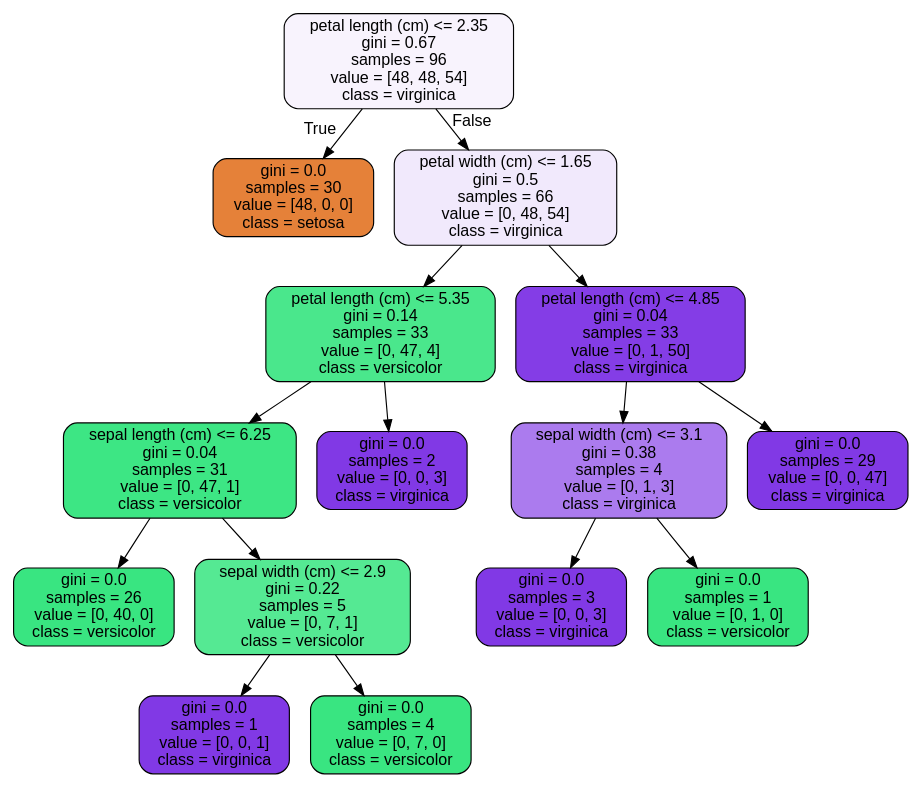
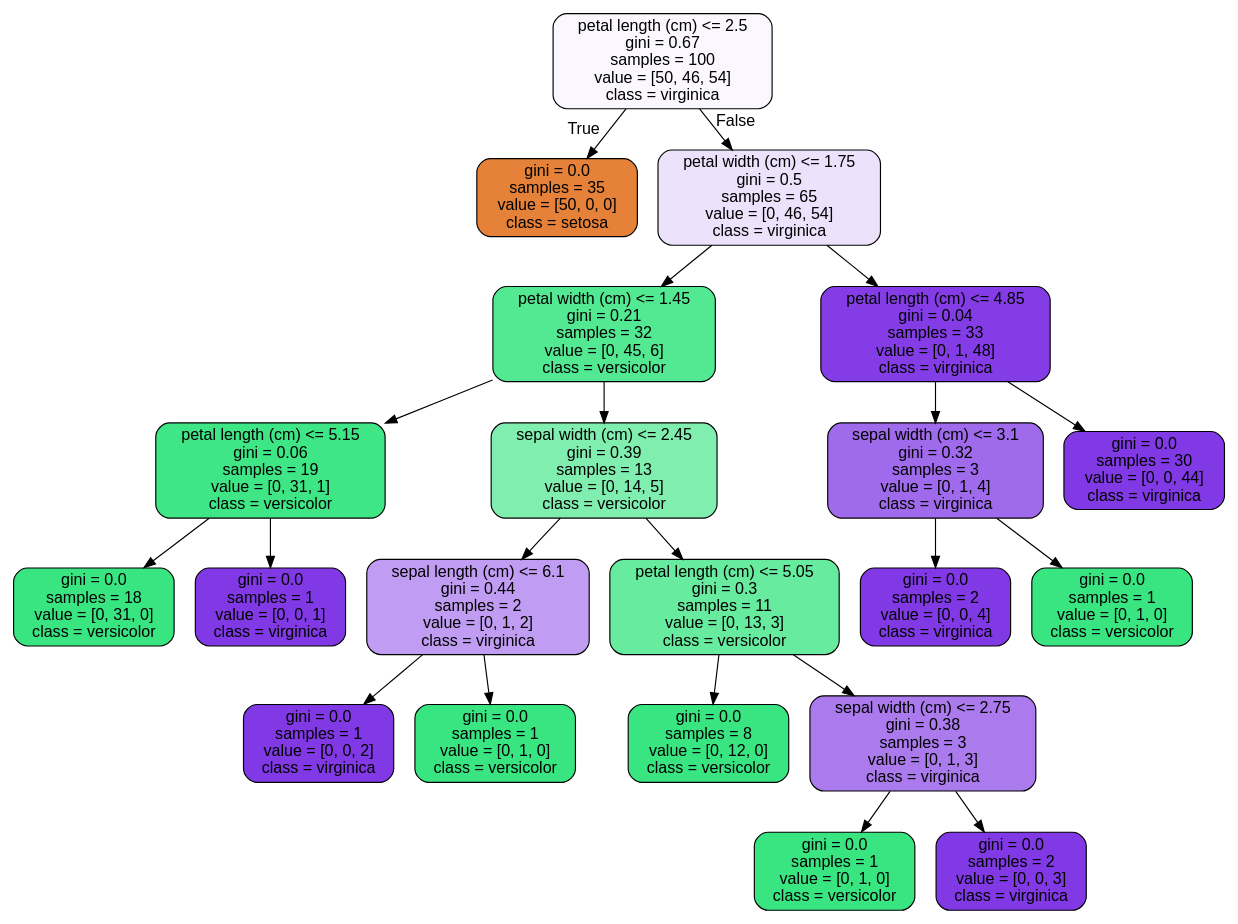
One commit to ahmedshahjahan/Random-Forest-Covid-Case-Study changed the diagram in tree.dot. Above: the diagram before and after it, drawn with Graphviz.

```diff
--- a/tree.dot
+++ b/tree.dot
@@ -1,33 +1,45 @@
 digraph Tree {
 node [shape=box, style="filled, rounded", color="black", fontname=helvetica] ;
 edge [fontname=helvetica] ;
-0 [label="petal length (cm) <= 2.35\ngini = 0.67\nsamples = 96\nvalue = [48, 48, 54]\nclass = virginica", fillcolor="#f8f3fd"] ;
-1 [label="gini = 0.0\nsamples = 30\nvalue = [48, 0, 0]\nclass = setosa", fillcolor="#e58139"] ;
+0 [label="petal length (cm) <= 2.5\ngini = 0.67\nsamples = 100\nvalue = [50, 46, 54]\nclass = virginica", fillcolor="#faf7fe"] ;
+1 [label="gini = 0.0\nsamples = 35\nvalue = [50, 0, 0]\nclass = setosa", fillcolor="#e58139"] ;
 0 -> 1 [labeldistance=2.5, labelangle=45, headlabel="True"] ;
-2 [label="petal width (cm) <= 1.65\ngini = 0.5\nsamples = 66\nvalue = [0, 48, 54]\nclass = virginica", fillcolor="#f1e9fc"] ;
+2 [label="petal width (cm) <= 1.75\ngini = 0.5\nsamples = 65\nvalue = [0, 46, 54]\nclass = virginica", fillcolor="#ece2fb"] ;
 0 -> 2 [labeldistance=2.5, labelangle=-45, headlabel="False"] ;
-3 [label="petal length (cm) <= 5.35\ngini = 0.14\nsamples = 33\nvalue = [0, 47, 4]\nclass = versicolor", fillcolor="#4ae78c"] ;
+3 [label="petal width (cm) <= 1.45\ngini = 0.21\nsamples = 32\nvalue = [0, 45, 6]\nclass = versicolor", fillcolor="#53e892"] ;
 2 -> 3 ;
-4 [label="sepal length (cm) <= 6.25\ngini = 0.04\nsamples = 31\nvalue = [0, 47, 1]\nclass = versicolor", fillcolor="#3de684"] ;
+4 [label="petal length (cm) <= 5.15\ngini = 0.06\nsamples = 19\nvalue = [0, 31, 1]\nclass = versicolor", fillcolor="#3fe685"] ;
 3 -> 4 ;
-5 [label="gini = 0.0\nsamples = 26\nvalue = [0, 40, 0]\nclass = versicolor", fillcolor="#39e581"] ;
+5 [label="gini = 0.0\nsamples = 18\nvalue = [0, 31, 0]\nclass = versicolor", fillcolor="#39e581"] ;
 4 -> 5 ;
-6 [label="sepal width (cm) <= 2.9\ngini = 0.22\nsamples = 5\nvalue = [0, 7, 1]\nclass = versicolor", fillcolor="#55e993"] ;
+6 [label="gini = 0.0\nsamples = 1\nvalue = [0, 0, 1]\nclass = virginica", fillcolor="#8139e5"] ;
 4 -> 6 ;
-7 [label="gini = 0.0\nsamples = 1\nvalue = [0, 0, 1]\nclass = virginica", fillcolor="#8139e5"] ;
-6 -> 7 ;
-8 [label="gini = 0.0\nsamples = 4\nvalue = [0, 7, 0]\nclass = versicolor", fillcolor="#39e581"] ;
-6 -> 8 ;
-9 [label="gini = 0.0\nsamples = 2\nvalue = [0, 0, 3]\nclass = virginica", fillcolor="#8139e5"] ;
-3 -> 9 ;
-10 [label="petal length (cm) <= 4.85\ngini = 0.04\nsamples = 33\nvalue = [0, 1, 50]\nclass = virginica", fillcolor="#843de6"] ;
-2 -> 10 ;
-11 [label="sepal width (cm) <= 3.1\ngini = 0.38\nsamples = 4\nvalue = [0, 1, 3]\nclass = virginica", fillcolor="#ab7bee"] ;
-10 -> 11 ;
-12 [label="gini = 0.0\nsamples = 3\nvalue = [0, 0, 3]\nclass = virginica", fillcolor="#8139e5"] ;
+7 [label="sepal width (cm) <= 2.45\ngini = 0.39\nsamples = 13\nvalue = [0, 14, 5]\nclass = versicolor", fillcolor="#80eeae"] ;
+3 -> 7 ;
+8 [label="sepal length (cm) <= 6.1\ngini = 0.44\nsamples = 2\nvalue = [0, 1, 2]\nclass = virginica", fillcolor="#c09cf2"] ;
+7 -> 8 ;
+9 [label="gini = 0.0\nsamples = 1\nvalue = [0, 0, 2]\nclass = virginica", fillcolor="#8139e5"] ;
+8 -> 9 ;
+10 [label="gini = 0.0\nsamples = 1\nvalue = [0, 1, 0]\nclass = versicolor", fillcolor="#39e581"] ;
+8 -> 10 ;
+11 [label="petal length (cm) <= 5.05\ngini = 0.3\nsamples = 11\nvalue = [0, 13, 3]\nclass = versicolor", fillcolor="#67eb9e"] ;
+7 -> 11 ;
+12 [label="gini = 0.0\nsamples = 8\nvalue = [0, 12, 0]\nclass = versicolor", fillcolor="#39e581"] ;
 11 -> 12 ;
-13 [label="gini = 0.0\nsamples = 1\nvalue = [0, 1, 0]\nclass = versicolor", fillcolor="#39e581"] ;
+13 [label="sepal width (cm) <= 2.75\ngini = 0.38\nsamples = 3\nvalue = [0, 1, 3]\nclass = virginica", fillcolor="#ab7bee"] ;
 11 -> 13 ;
-14 [label="gini = 0.0\nsamples = 29\nvalue = [0, 0, 47]\nclass = virginica", fillcolor="#8139e5"] ;
-10 -> 14 ;
+14 [label="gini = 0.0\nsamples = 1\nvalue = [0, 1, 0]\nclass = versicolor", fillcolor="#39e581"] ;
+13 -> 14 ;
+15 [label="gini = 0.0\nsamples = 2\nvalue = [0, 0, 3]\nclass = virginica", fillcolor="#8139e5"] ;
+13 -> 15 ;
+16 [label="petal length (cm) <= 4.85\ngini = 0.04\nsamples = 33\nvalue = [0, 1, 48]\nclass = virginica", fillcolor="#843de6"] ;
+2 -> 16 ;
+17 [label="sepal width (cm) <= 3.1\ngini = 0.32\nsamples = 3\nvalue = [0, 1, 4]\nclass = virginica", fillcolor="#a06aec"] ;
+16 -> 17 ;
+18 [label="gini = 0.0\nsamples = 2\nvalue = [0, 0, 4]\nclass = virginica", fillcolor="#8139e5"] ;
+17 -> 18 ;
+19 [label="gini = 0.0\nsamples = 1\nvalue = [0, 1, 0]\nclass = versicolor", fillcolor="#39e581"] ;
+17 -> 19 ;
+20 [label="gini = 0.0\nsamples = 30\nvalue = [0, 0, 44]\nclass = virginica", fillcolor="#8139e5"] ;
+16 -> 20 ;
 }
```
